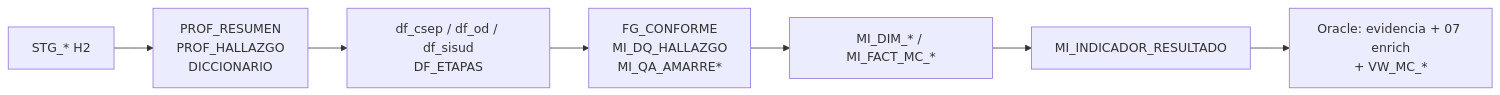
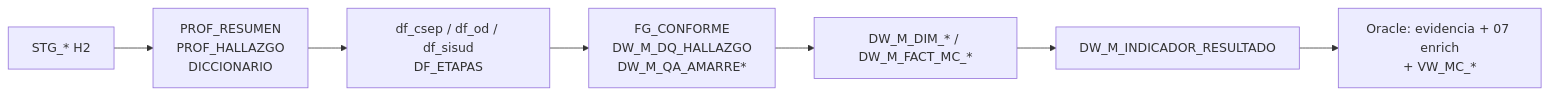
Before and after one commit to nwodevops/multa_informes_etl: the second of 3 diagrams in docs/fases/status.md, drawn with Mermaid. The commit also changed other lines of this file and 67 other files, not shown here.

````diff
--- a/docs/fases/status.md
+++ b/docs/fases/status.md
@@ -71,12 +71,12 @@
 ```mermaid
 flowchart LR
   STG["STG_* H2"]
   P2["PROF_RESUMEN<br/>PROF_HALLAZGO<br/>DICCIONARIO"]
   P3["df_csep / df_od / df_sisud<br/>DF_ETAPAS"]
-  P4["FG_CONFORME<br/>MI_DQ_HALLAZGO<br/>MI_QA_AMARRE*"]
-  P5["MI_DIM_* / MI_FACT_MC_*"]
-  P7["MI_INDICADOR_RESULTADO"]
+  P4["FG_CONFORME<br/>DW_M_DQ_HALLAZGO<br/>DW_M_QA_AMARRE*"]
+  P5["DW_M_DIM_* / DW_M_FACT_MC_*"]
+  P7["DW_M_INDICADOR_RESULTADO"]
   ORA["Oracle: evidencia + 07 enrich<br/>+ VW_MC_*"]
 
   STG --> P2 --> P3 --> P4 --> P5 --> P7 --> ORA
 ```
````
